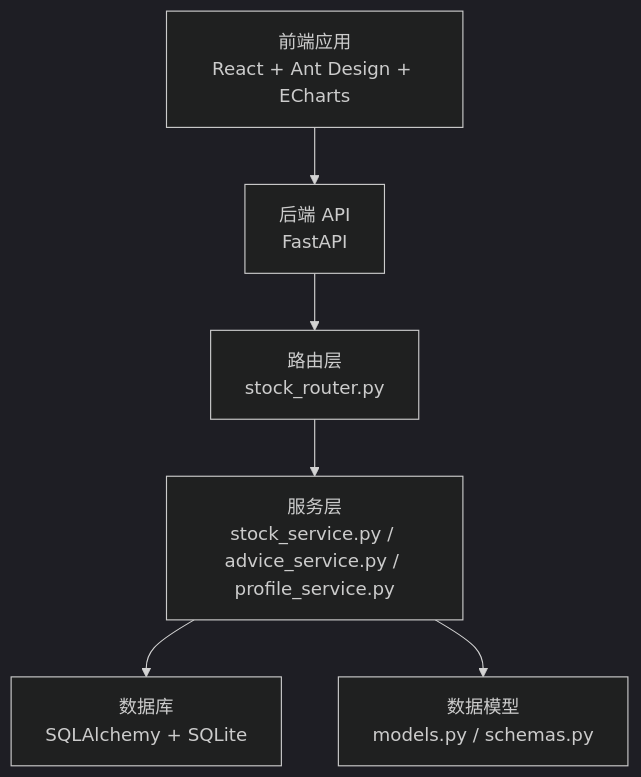
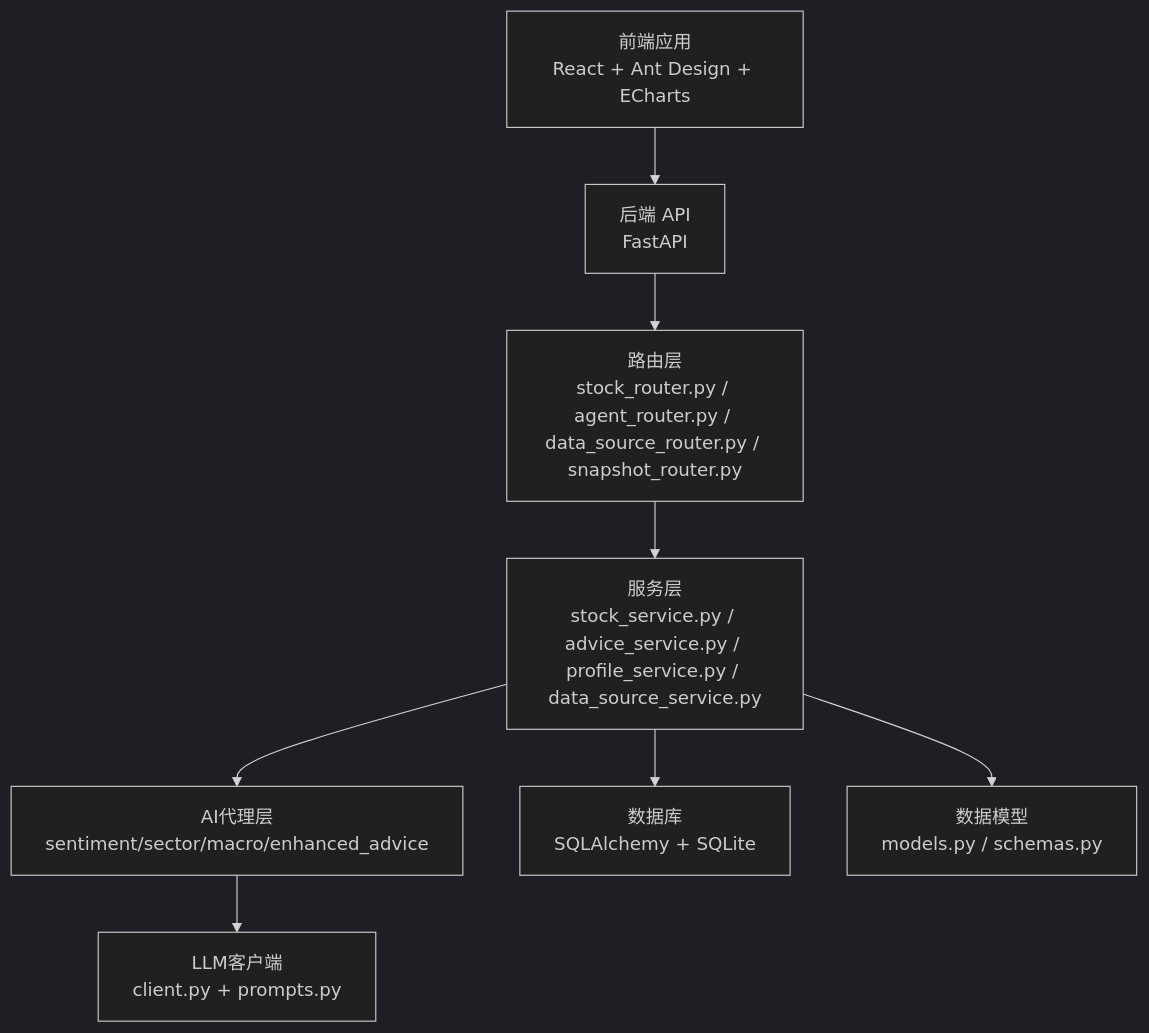
The first of 11 diagrams in .qoder/repowiki/zh/content/核心功能/核心功能.md (Moruime/stock_foker), drawn with Mermaid (dark theme) before and after one commit. The commit also changed other lines of this file and 52 other files, not shown here.

````diff
--- a/.qoder/repowiki/zh/content/核心功能/核心功能.md
+++ b/.qoder/repowiki/zh/content/核心功能/核心功能.md
@@ -84,8 +80,10 @@
 ```mermaid
 graph TB
 FE["前端应用<br/>React + Ant Design + ECharts"] --> API["后端 API<br/>FastAPI"]
-API --> Router["路由层<br/>stock_router.py"]
-Router --> Services["服务层<br/>stock_service.py / advice_service.py / profile_service.py"]
+API --> Router["路由层<br/>stock_router.py / agent_router.py / data_source_router.py / snapshot_router.py"]
+Router --> Services["服务层<br/>stock_service.py / advice_service.py / profile_service.py / data_source_service.py"]
+Services --> Agents["AI代理层<br/>sentiment/sector/macro/enhanced_advice"]
+Agents --> LLM["LLM客户端<br/>client.py + prompts.py"]
 Services --> DB["数据库<br/>SQLAlchemy + SQLite"]
 Services --> Models["数据模型<br/>models.py / schemas.py"]
 ```
````
